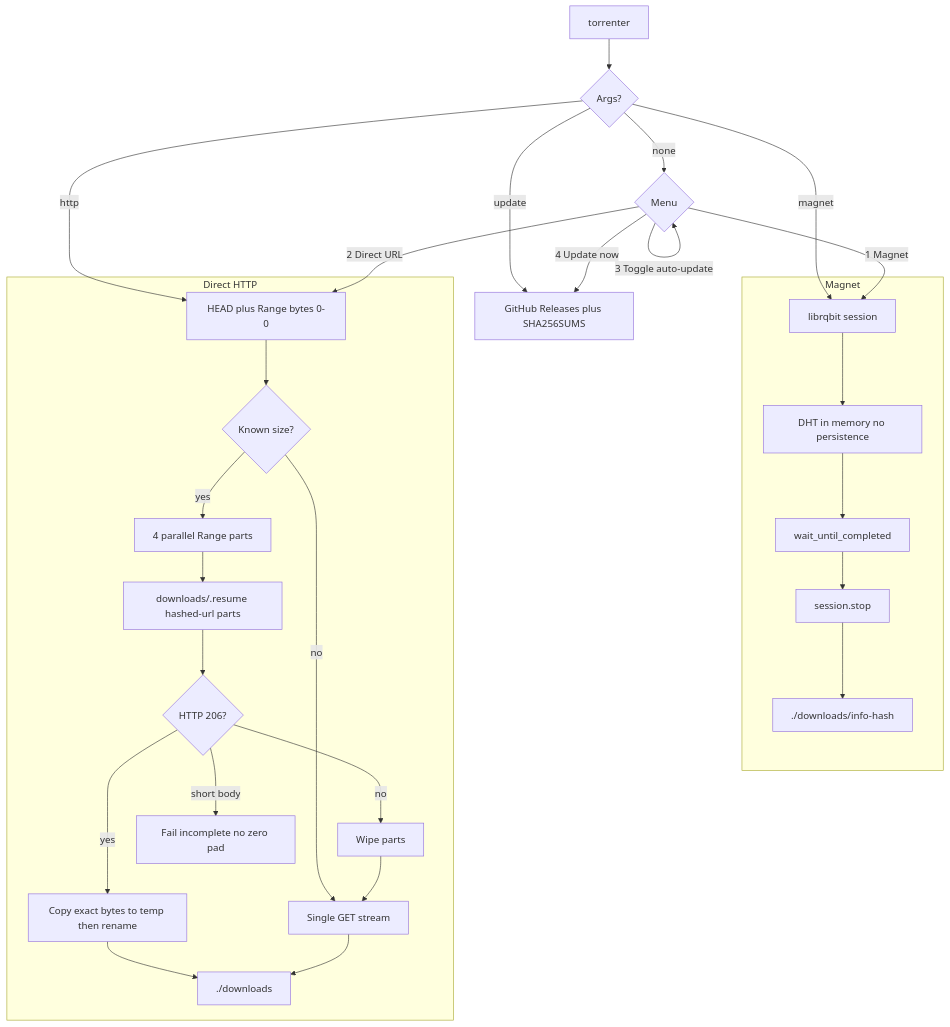
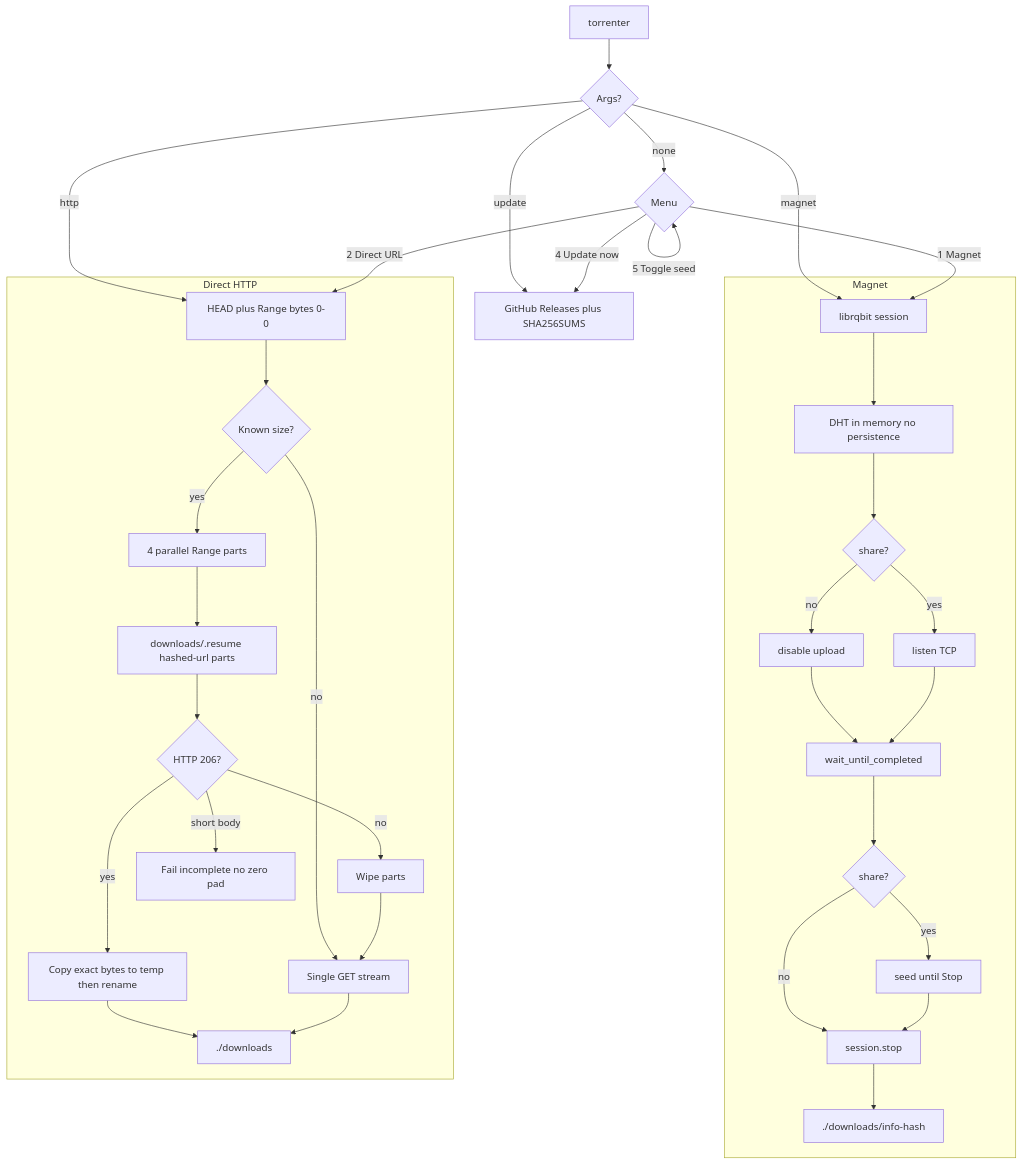
Before and after one commit to danted4/torrenter: the diagram in README.md, drawn with Mermaid. The commit also changed other lines of this file and 9 other files, not shown here.

First line of the commit message:
Add magnet share and leech so seeding is the default.

````diff
--- a/README.md
+++ b/README.md
@@ -112,38 +116,46 @@
 ```mermaid
 flowchart TD
   start[torrenter] --> entry{Args?}
   entry -->|none| menu{Menu}
   entry -->|magnet| torrent
   entry -->|http| httpStart
   entry -->|update| updater
   menu -->|1 Magnet| torrent
   menu -->|2 Direct URL| httpStart
   menu -->|3 Toggle auto-update| menu
   menu -->|4 Update now| updater
+  menu -->|5 Toggle seed| menu
 
   subgraph magnetFlow [Magnet]
     torrent[librqbit session]
     torrent --> dht[DHT in memory no persistence]
-    dht --> waitComplete[wait_until_completed]
-    waitComplete --> stopSession[session.stop]
+    dht --> upload{share?}
+    upload -->|no| leech[disable upload]
+    upload -->|yes| listen[listen TCP]
+    leech --> waitComplete[wait_until_completed]
+    listen --> waitComplete
+    waitComplete --> after{share?}
+    after -->|no| stopSession[session.stop]
+    after -->|yes| seedUntilStop[seed until Stop]
+    seedUntilStop --> stopSession
     stopSession --> magnetDir
   end
 
   subgraph httpFlow [Direct HTTP]
     httpStart[HEAD plus Range bytes 0-0]
     httpStart --> sized{Known size?}
     sized -->|no| single[Single GET stream]
     sized -->|yes| parts[4 parallel Range parts]
     parts --> resumeDir["downloads/.resume hashed-url parts"]
     resumeDir --> honor{"HTTP 206?"}
     honor -->|no| wipe[Wipe parts] --> single
     honor -->|short body| fail[Fail incomplete no zero pad]
     honor -->|yes| merge[Copy exact bytes to temp then rename]
     merge --> httpDir
     single --> httpDir
   end
 
   magnetDir["./downloads/info-hash"]
   httpDir["./downloads"]
   updater[GitHub Releases plus SHA256SUMS]
 ```
````
